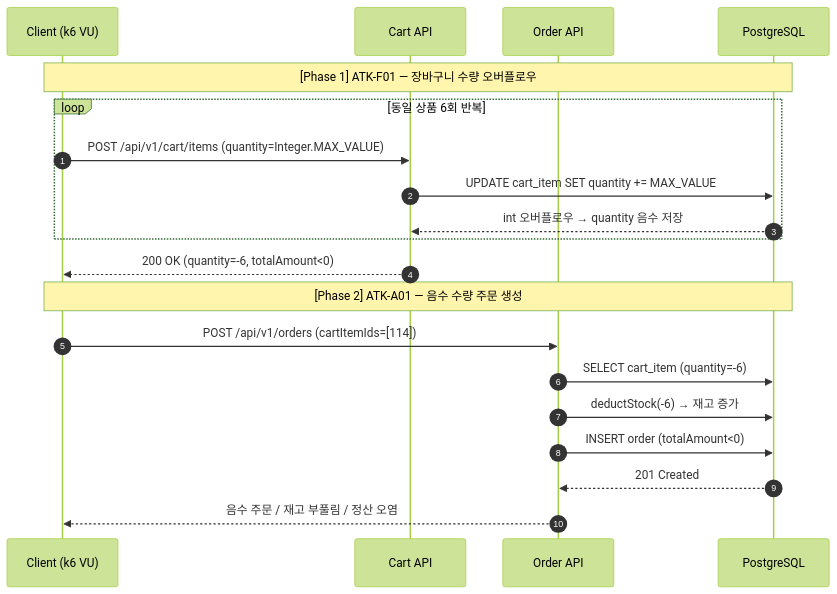
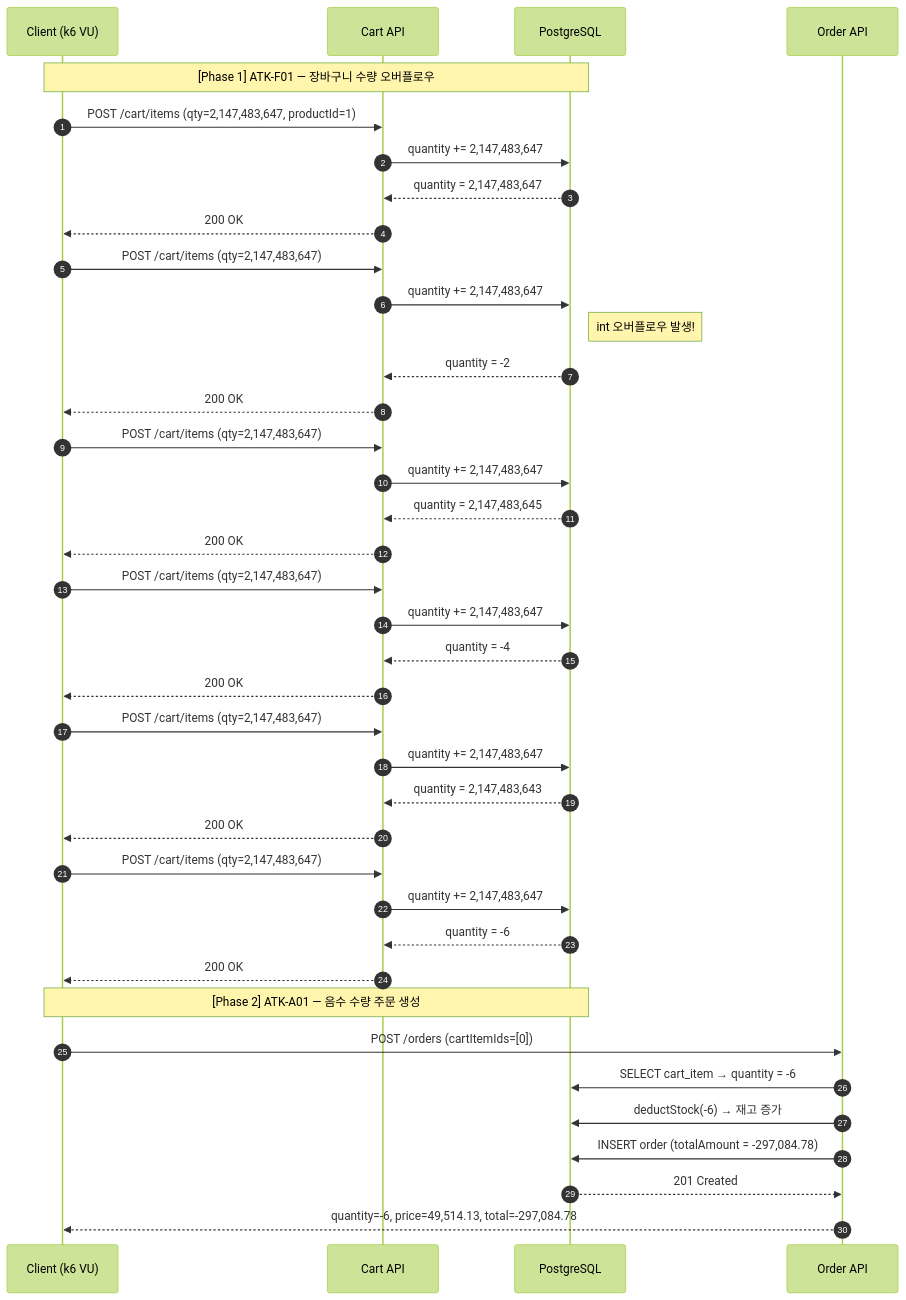
The diagram in docs/2Phase/reports/ATK-A01&ATK-F01.md (protect-my-service/tema-a), drawn with Mermaid (forest theme) before and after one commit. The commit also changed other lines of this file and 4 other files, not shown here.

````diff
--- a/docs/2Phase/reports/ATK-A01&ATK-F01.md
+++ b/docs/2Phase/reports/ATK-A01&ATK-F01.md
@@ -16,24 +15,50 @@
 ```mermaid
 sequenceDiagram
     autonumber
     participant C as Client (k6 VU)
     participant Cart as Cart API
+    participant DB as PostgreSQL
     participant Order as Order API
-    participant DB as PostgreSQL
 
-    Note over C, DB: [Phase 1] ATK-F01 — 장바구니 수량 오버플로우
-    loop 동일 상품 6회 반복
-        C ->> Cart: POST /api/v1/cart/items (quantity=Integer.MAX_VALUE)
-        Cart ->> DB: UPDATE cart_item SET quantity += MAX_VALUE
-        DB -->> Cart: int 오버플로우 → quantity 음수 저장
-    end
-    Cart -->> C: 200 OK (quantity=-6, totalAmount<0)
+    Note over C,DB: [Phase 1] ATK-F01 — 장바구니 수량 오버플로우
 
-    Note over C, DB: [Phase 2] ATK-A01 — 음수 수량 주문 생성
-    C ->> Order: POST /api/v1/orders (cartItemIds=[114])
-    Order ->> DB: SELECT cart_item (quantity=-6)
-    Order ->> DB: deductStock(-6) → 재고 증가
-    Order ->> DB: INSERT order (totalAmount<0)
-    DB -->> Order: 201 Created
-    Order -->> C: 음수 주문 / 재고 부풀림 / 정산 오염
+    C->>Cart: POST /cart/items (qty=2,147,483,647, productId=1)
+    Cart->>DB: quantity += 2,147,483,647
+    DB-->>Cart: quantity = 2,147,483,647
+    Cart-->>C: 200 OK
+
+    C->>Cart: POST /cart/items (qty=2,147,483,647)
+    Cart->>DB: quantity += 2,147,483,647
+    Note right of DB: int 오버플로우 발생!
+    DB-->>Cart: quantity = -2
+    Cart-->>C: 200 OK
+
+    C->>Cart: POST /cart/items (qty=2,147,483,647)
+    Cart->>DB: quantity += 2,147,483,647
+    DB-->>Cart: quantity = 2,147,483,645
+    Cart-->>C: 200 OK
+
+    C->>Cart: POST /cart/items (qty=2,147,483,647)
+    Cart->>DB: quantity += 2,147,483,647
+    DB-->>Cart: quantity = -4
+    Cart-->>C: 200 OK
+
+    C->>Cart: POST /cart/items (qty=2,147,483,647)
+    Cart->>DB: quantity += 2,147,483,647
+    DB-->>Cart: quantity = 2,147,483,643
+    Cart-->>C: 200 OK
+
+    C->>Cart: POST /cart/items (qty=2,147,483,647)
+    Cart->>DB: quantity += 2,147,483,647
+    DB-->>Cart: quantity = -6
+    Cart-->>C: 200 OK
+
+    Note over C,DB: [Phase 2] ATK-A01 — 음수 수량 주문 생성
+
+    C->>Order: POST /orders (cartItemIds=[0])
+    Order->>DB: SELECT cart_item → quantity = -6
+    Order->>DB: deductStock(-6) → 재고 증가
+    Order->>DB: INSERT order (totalAmount = -297,084.78)
+    DB-->>Order: 201 Created
+    Order-->>C: quantity=-6, price=49,514.13, total=-297,084.78
 ```
````
